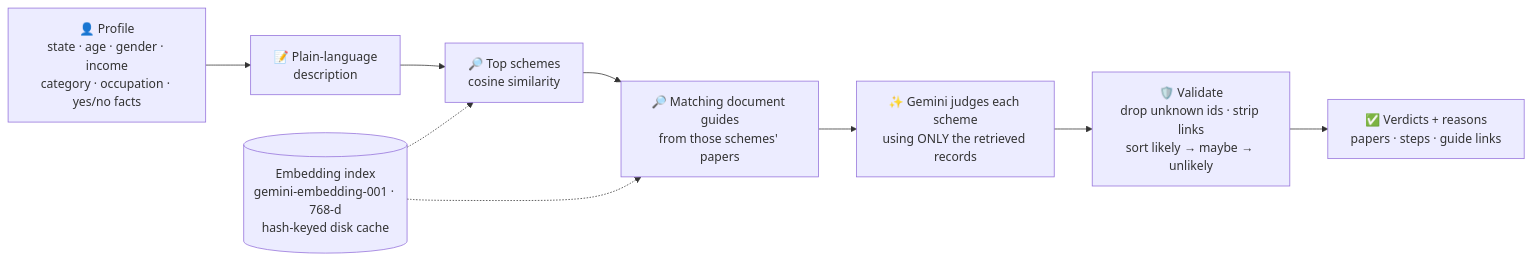
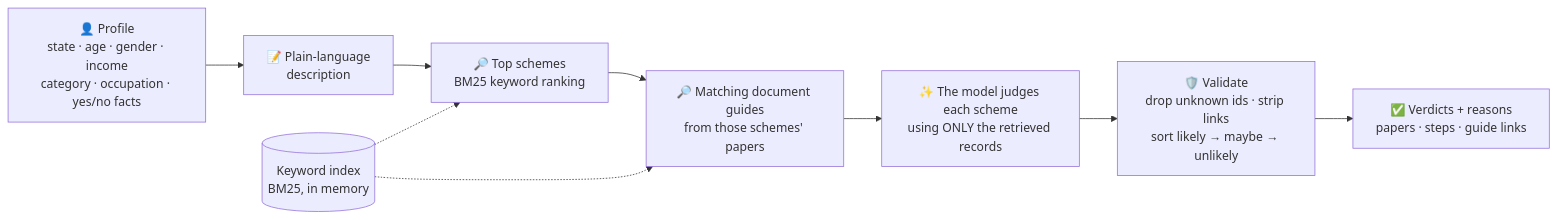
One commit to Hiranyam1003/VaidhaAI changed the first of 3 diagrams in README.md. Above: the diagram before and after it, drawn with Mermaid. The commit also changed other lines of this file and 11 other files, not shown here.

````diff
--- a/README.md
+++ b/README.md
@@ -126,14 +126,14 @@
 ```mermaid
 flowchart LR
     P["👤 Profile<br/>state · age · gender · income<br/>category · occupation · yes/no facts"]
     D["📝 Plain-language<br/>description"]
-    S["🔎 Top schemes<br/>cosine similarity"]
+    S["🔎 Top schemes<br/>BM25 keyword ranking"]
     G["🔎 Matching document guides<br/>from those schemes' papers"]
-    J["✨ Gemini judges each scheme<br/>using ONLY the retrieved records"]
+    J["✨ The model judges each scheme<br/>using ONLY the retrieved records"]
     V["🛡️ Validate<br/>drop unknown ids · strip links<br/>sort likely → maybe → unlikely"]
     R["✅ Verdicts + reasons<br/>papers · steps · guide links"]
 
     P --> D --> S --> G --> J --> V --> R
-    E[("Embedding index<br/>gemini-embedding-001 · 768-d<br/>hash-keyed disk cache")] -.-> S
+    E[("Keyword index<br/>BM25, in memory")] -.-> S
     E -.-> G
 ```
````
